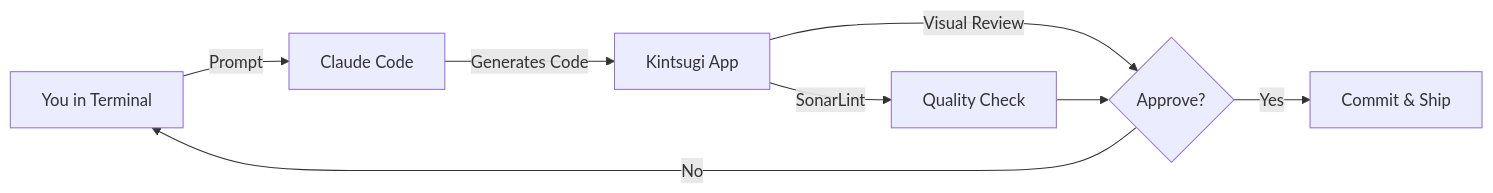
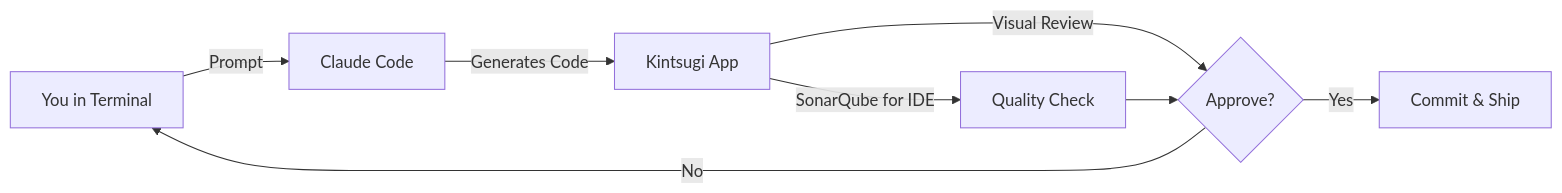
The diagram in docs/index.md (SonarSource/kintsugi-docs), drawn with Mermaid before and after one commit. The commit also changed other lines of this file and 16 other files, not shown here.

First line of the commit message:
Update documentation to reflect SonarQube for IDE integration and enhance clarity (#3)

````diff
--- a/docs/index.md
+++ b/docs/index.md
@@ -220,10 +222,10 @@
 ```mermaid
 graph LR
     A[You in Terminal] -->|Prompt| B[Claude Code]
     B -->|Generates Code| C[Kintsugi App]
     C -->|Visual Review| D{Approve?}
     D -->|Yes| E[Commit & Ship]
     D -->|No| A
-    C -->|SonarLint| F[Quality Check]
+    C -->|SonarQube for IDE| F[Quality Check]
     F --> D
 ```
````
